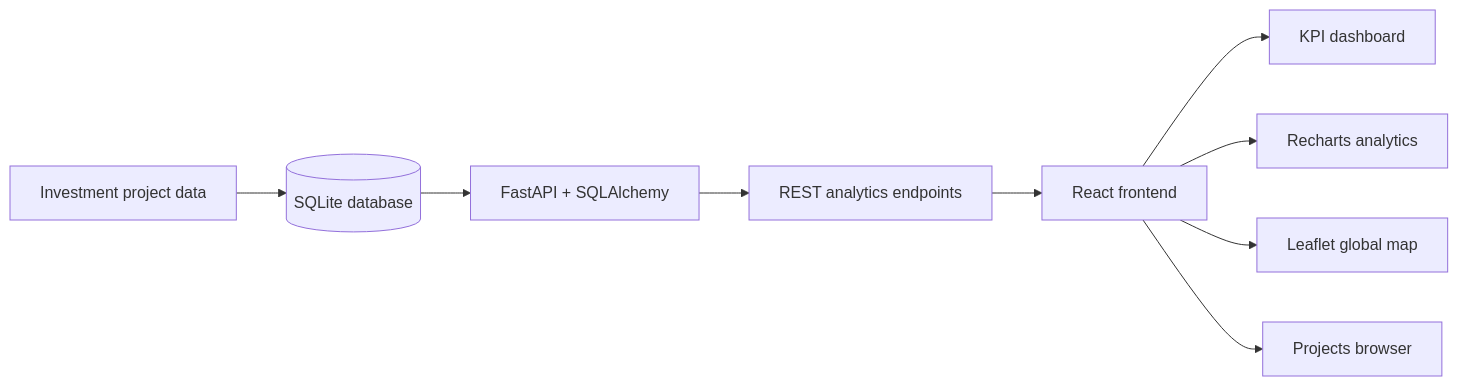
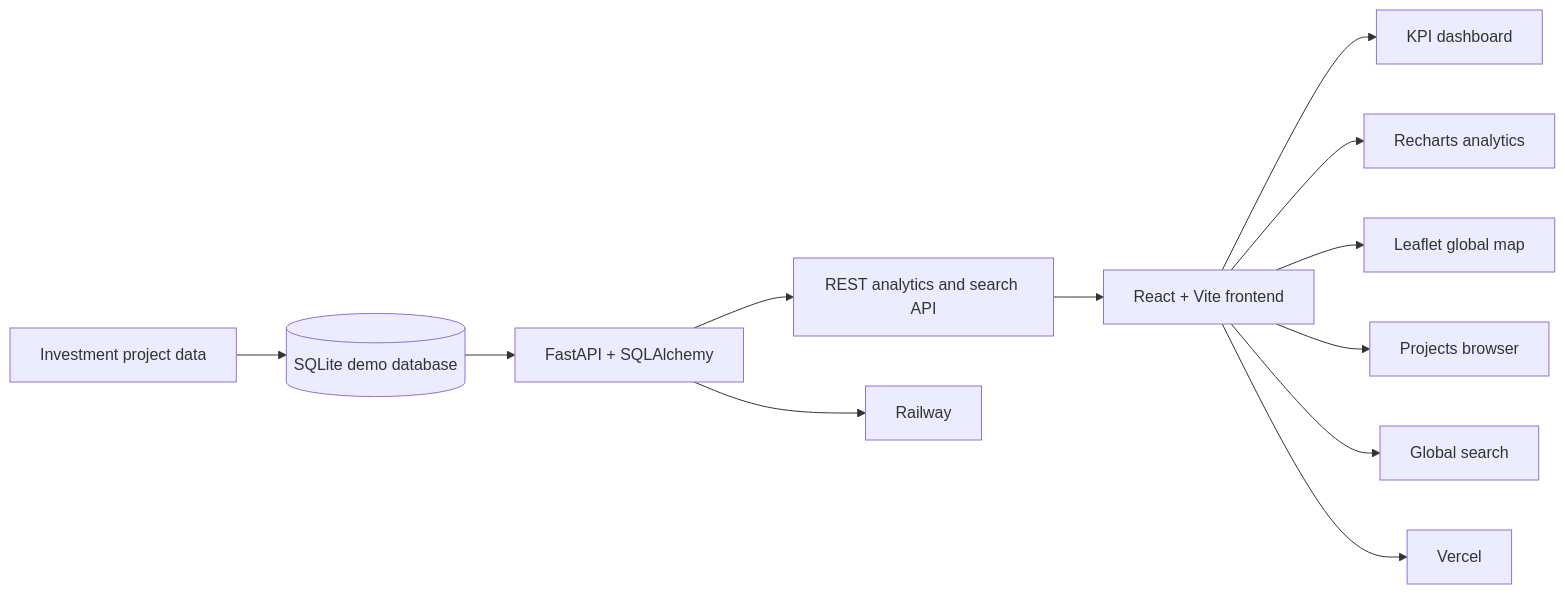
One commit to Khumo-Hub/fdi-lens changed the diagram in README.md. Above: the diagram before and after it, drawn with Mermaid. The commit also changed other lines of this file, not shown here.

````diff
--- a/README.md
+++ b/README.md
@@ -42,11 +57,15 @@
 ```mermaid
 flowchart LR
-    A[Investment project data] --> B[(SQLite database)]
+    A[Investment project data] --> B[(SQLite demo database)]
     B --> C[FastAPI + SQLAlchemy]
-    C --> D[REST analytics endpoints]
-    D --> E[React frontend]
+    C --> D[REST analytics and search API]
+    D --> E[React + Vite frontend]
     E --> F[KPI dashboard]
     E --> G[Recharts analytics]
     E --> H[Leaflet global map]
     E --> I[Projects browser]
+    E --> J[Global search]
+
+    C --> K[Railway]
+    E --> L[Vercel]
 ```
````
